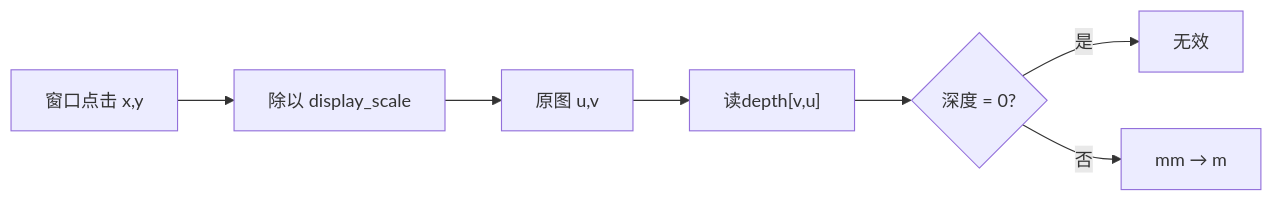
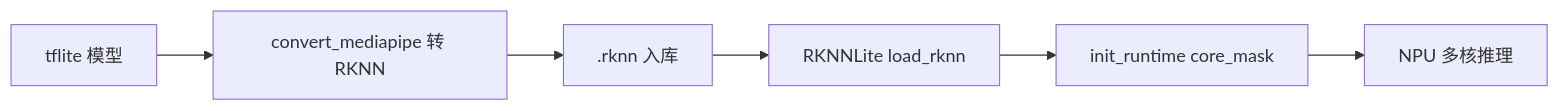
One commit to aibittek/course_generate_agent changed the seventh of 9 diagrams in courses/sheet1/robot_vision/_parts/experiment-8.md. Above: the diagram before and after it, drawn with Mermaid. The commit also changed other lines of this file and 98 other files, not shown here.

````diff
--- a/courses/sheet1/robot_vision/_parts/experiment-8.md
+++ b/courses/sheet1/robot_vision/_parts/experiment-8.md
@@ -323,9 +424,8 @@
 ```mermaid
 graph LR
-    A[窗口点击 x,y] --> B[除以 display_scale]
-    B --> C[原图 u,v]
-    C --> D["读depth[v,u]"]
-    D --> E{深度 = 0?}
-    E -->|是| F[无效]
-    E -->|否| G[mm → m]
+    A[tflite 模型] --> B[convert_mediapipe 转 RKNN]
+    B --> C[.rknn 入库]
+    C --> D[RKNNLite load_rknn]
+    D --> E[init_runtime core_mask]
+    E --> F[NPU 多核推理]
 ```
````
